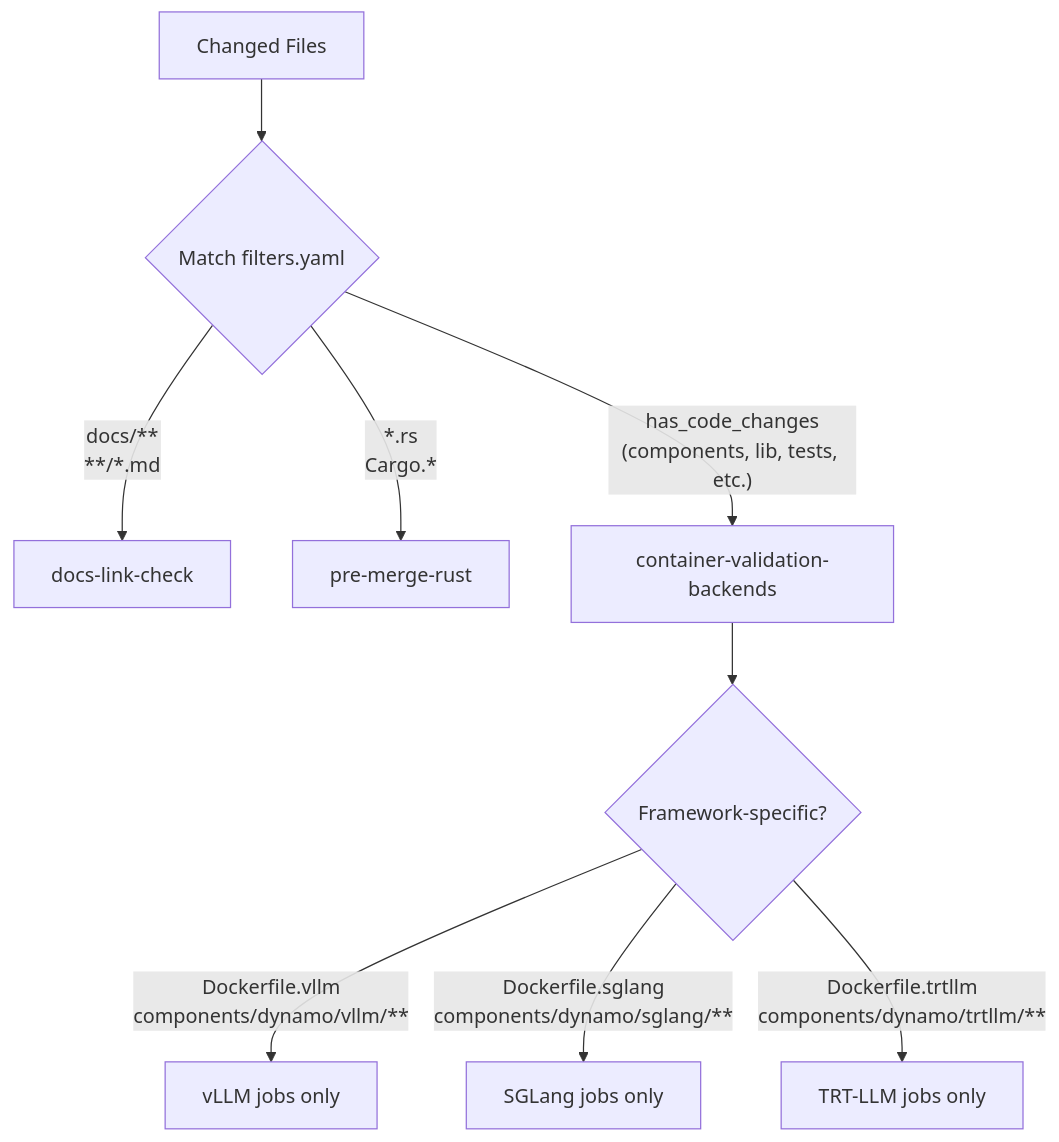
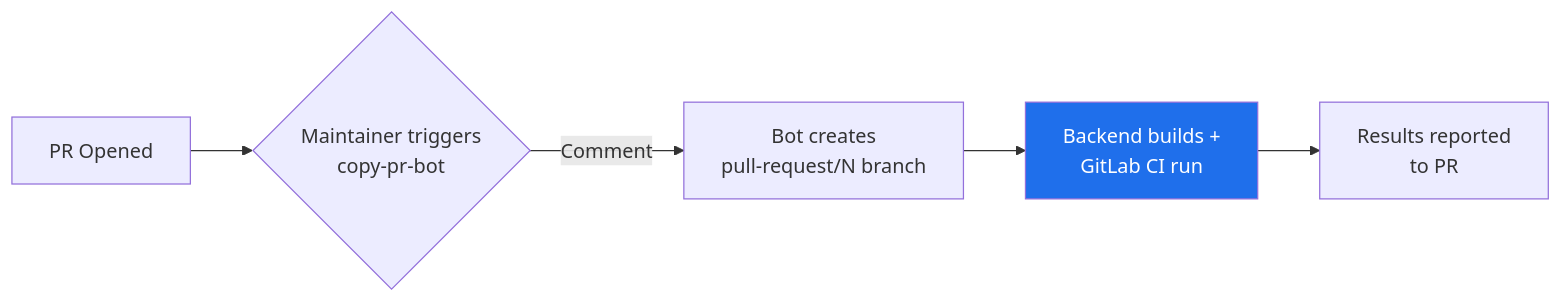
Before and after one commit to ai-dynamo/dynamo: the fourth of 5 diagrams in .github/PR_WORKFLOW.md, drawn with Mermaid. The commit also changed other lines of this file and 3 other files, not shown here.

````diff
--- a/.github/PR_WORKFLOW.md
+++ b/.github/PR_WORKFLOW.md
@@ -211,13 +107,9 @@
 ```mermaid
-flowchart TD
-    A[Changed Files] --> B{Match filters.yaml}
-    
-    B -->|"docs/**<br/>**/*.md"| C[docs-link-check]
-    B -->|"*.rs<br/>Cargo.*"| D[pre-merge-rust]
-    B -->|"has_code_changes<br/>(components, lib, tests, etc.)"| E[container-validation-backends]
-    
-    E --> F{Framework-specific?}
-    F -->|"Dockerfile.vllm<br/>components/dynamo/vllm/**"| G[vLLM jobs only]
-    F -->|"Dockerfile.sglang<br/>components/dynamo/sglang/**"| H[SGLang jobs only]
-    F -->|"Dockerfile.trtllm<br/>components/dynamo/trtllm/**"| I[TRT-LLM jobs only]
+flowchart LR
+    A[PR Opened] --> B{Maintainer triggers<br/>copy-pr-bot}
+    B -->|Comment| C[Bot creates<br/>pull-request/N branch]
+    C --> D[Backend builds +<br/>GitLab CI run]
+    D --> E[Results reported<br/>to PR]
+
+    style D fill:#1f6feb,color:#fff
 ```
````
